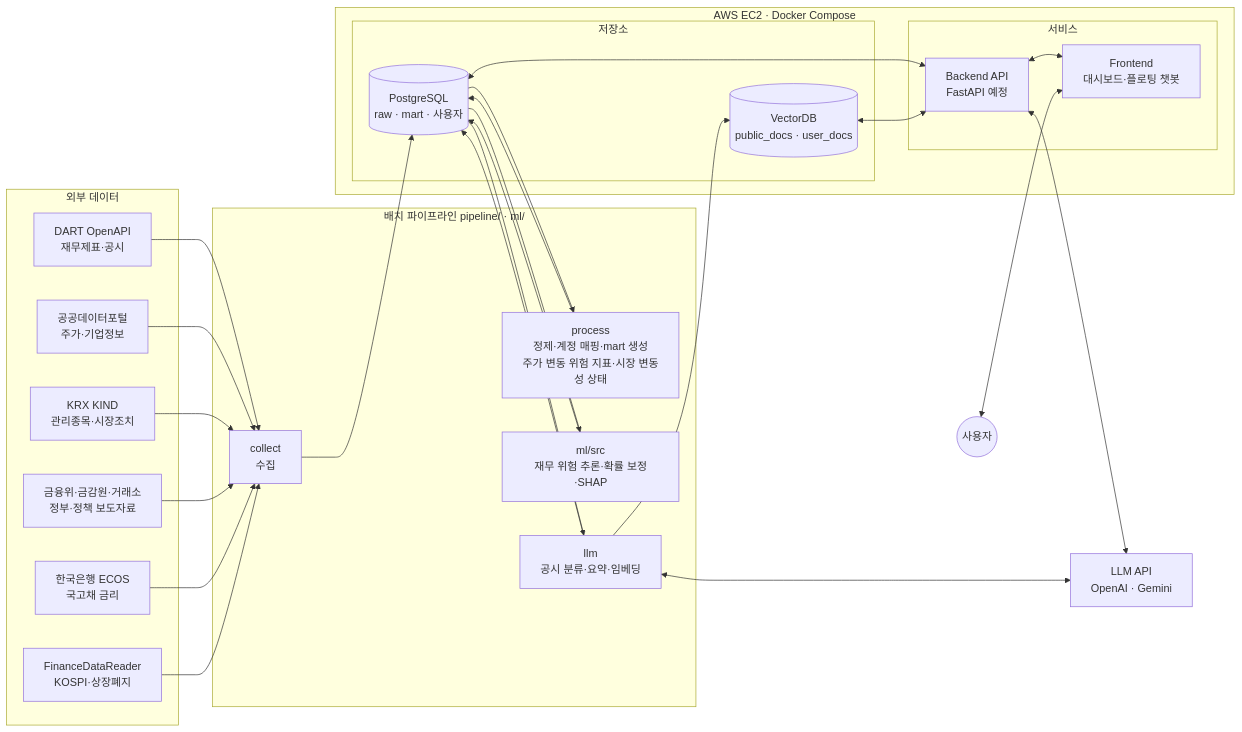
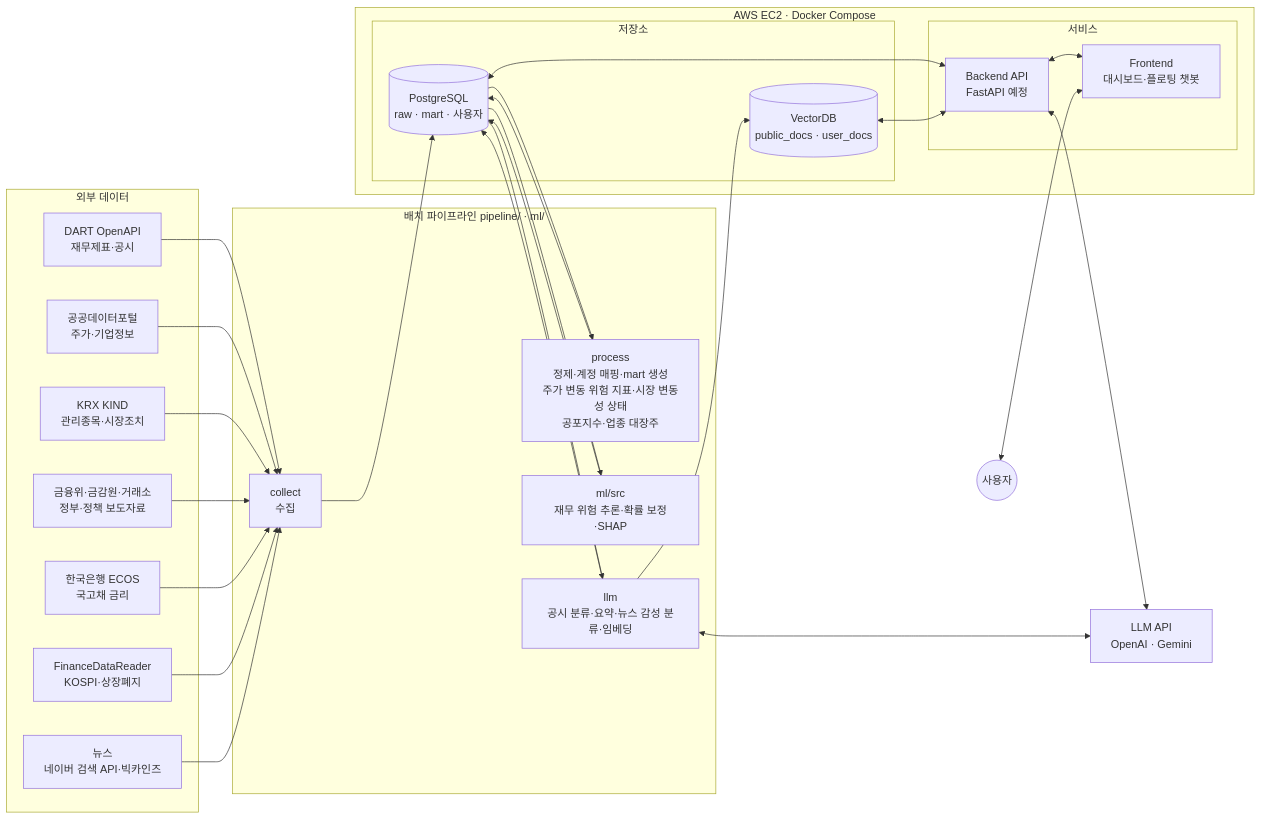
One commit to Hyeonwoo01/finance_final_prj changed the first of 4 diagrams in docs/system_architecture.md. Above: the diagram before and after it, drawn with Mermaid. The commit also changed other lines of this file and 10 other files, not shown here.

Commit message:
docs: 하루 5분 학습 추가, 전체 문서에 방향성 예측 제거·공포지수·업종 대장주 반영 (#64) (#69)

````diff
--- a/docs/system_architecture.md
+++ b/docs/system_architecture.md
@@ -19,50 +19,51 @@
 ```mermaid
 flowchart LR
     subgraph SRC[외부 데이터]
         S1[DART OpenAPI<br/>재무제표·공시]
         S2[공공데이터포털<br/>주가·기업정보]
         S3[KRX KIND<br/>관리종목·시장조치]
         S4[금융위·금감원·거래소<br/>정부·정책 보도자료]
         S5[한국은행 ECOS<br/>국고채 금리]
         S6[FinanceDataReader<br/>KOSPI·상장폐지]
+        S7[뉴스<br/>네이버 검색 API·빅카인즈]
     end
 
     subgraph PIPE[배치 파이프라인 pipeline/ · ml/]
         P1[collect<br/>수집]
-        P2[process<br/>정제·계정 매핑·mart 생성<br/>주가 변동 위험 지표·시장 변동성 상태]
+        P2[process<br/>정제·계정 매핑·mart 생성<br/>주가 변동 위험 지표·시장 변동성 상태<br/>공포지수·업종 대장주]
         P3[ml/src<br/>재무 위험 추론·확률 보정·SHAP]
-        P4[llm<br/>공시 분류·요약·임베딩]
+        P4[llm<br/>공시 분류·요약·뉴스 감성 분류·임베딩]
     end
 
     subgraph STORE[저장소]
         D1[(PostgreSQL<br/>raw · mart · 사용자)]
         D2[(VectorDB<br/>public_docs · user_docs)]
     end
 
     subgraph SVC[서비스]
         B1[Backend API<br/>FastAPI 예정]
         F1[Frontend<br/>대시보드·플로팅 챗봇]
     end
 
     LLM[LLM API<br/>OpenAI · Gemini]
     U((사용자))
 
-    S1 & S2 & S3 & S4 & S5 & S6 --> P1 --> D1
+    S1 & S2 & S3 & S4 & S5 & S6 & S7 --> P1 --> D1
     D1 --> P2 --> D1
     D1 --> P3 --> D1
     D1 --> P4
     P4 --> D1
     P4 --> D2
     P4 <--> LLM
 
     D1 <--> B1
     D2 <--> B1
     B1 <--> LLM
     B1 <--> F1
     U <--> F1
 
     subgraph EC2[AWS EC2 · Docker Compose]
         SVC
         STORE
     end
 ```
````
